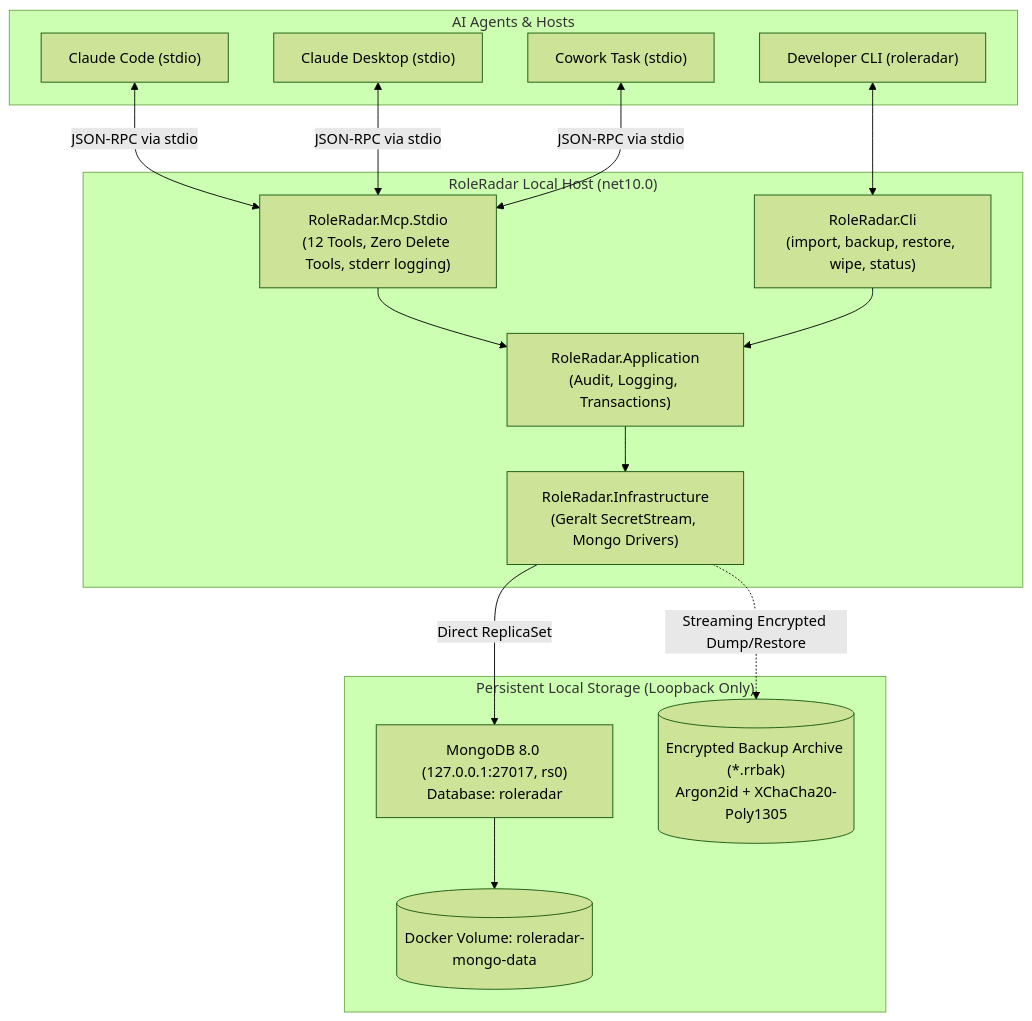
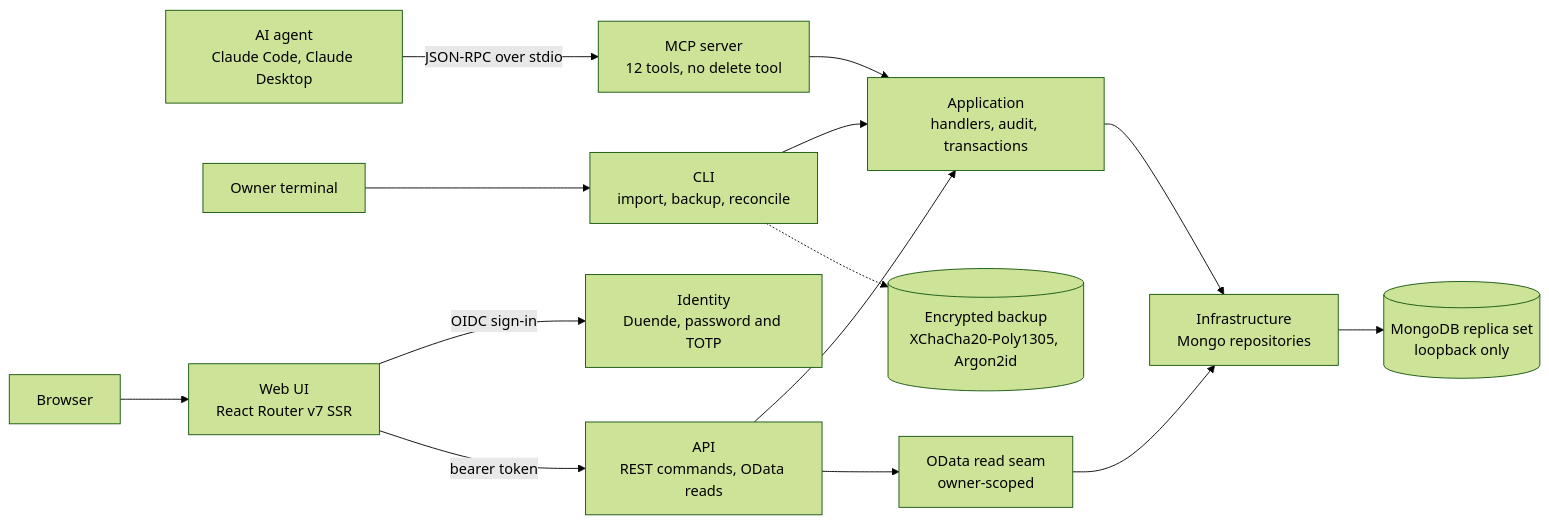
Before and after one commit to mwalczyk81/roleradar: the diagram in README.md, drawn with Mermaid (forest theme). The commit also changed other lines of this file and 74 other files, not shown here.

````diff
--- a/README.md
+++ b/README.md
@@ -5,34 +48,16 @@
 ```mermaid
-flowchart TD
-    subgraph Client["AI Agents & Hosts"]
-        ClaudeCode["Claude Code (stdio)"]
-        ClaudeDesktop["Claude Desktop (stdio)"]
-        Cowork["Cowork Task (stdio)"]
-        UserCLI["Developer CLI (roleradar)"]
-    end
-
-    subgraph HostApp["RoleRadar Local Host (net10.0)"]
-        McpServer["RoleRadar.Mcp.Stdio<br/>(12 Tools, Zero Delete Tools, stderr logging)"]
-        CliApp["RoleRadar.Cli<br/>(import, backup, restore, wipe, status)"]
-        AppLayer["RoleRadar.Application<br/>(Audit, Logging, Transactions)"]
-        InfraLayer["RoleRadar.Infrastructure<br/>(Geralt SecretStream, Mongo Drivers)"]
-    end
-
-    subgraph Storage["Persistent Local Storage (Loopback Only)"]
-        Mongo["MongoDB 8.0 (127.0.0.1:27017, rs0)<br/>Database: roleradar"]
-        MongoVolume[("Docker Volume: roleradar-mongo-data")]
-        BackupFile[("Encrypted Backup Archive (*.rrbak)<br/>Argon2id + XChaCha20-Poly1305")]
-    end
-
-    ClaudeCode <-->|JSON-RPC via stdio| McpServer
-    ClaudeDesktop <-->|JSON-RPC via stdio| McpServer
-    Cowork <-->|JSON-RPC via stdio| McpServer
-    UserCLI <--> CliApp
-
-    McpServer --> AppLayer
-    CliApp --> AppLayer
-    AppLayer --> InfraLayer
-    InfraLayer -->|Direct ReplicaSet| Mongo
-    Mongo --> MongoVolume
-    InfraLayer -.->|Streaming Encrypted Dump/Restore| BackupFile
+flowchart LR
+    agent["AI agent<br/>Claude Code, Claude Desktop"] -->|"JSON-RPC over stdio"| mcp["MCP server<br/>12 tools, no delete tool"]
+    owner["Owner terminal"] --> cli["CLI<br/>import, backup, reconcile"]
+    browser["Browser"] --> web["Web UI<br/>React Router v7 SSR"]
+    web -->|"OIDC sign-in"| identity["Identity<br/>Duende, password and TOTP"]
+    web -->|"bearer token"| api["API<br/>REST commands, OData reads"]
+    mcp --> app["Application<br/>handlers, audit, transactions"]
+    cli --> app
+    api --> app
+    api --> seam["OData read seam<br/>owner-scoped"]
+    app --> infra["Infrastructure<br/>Mongo repositories"]
+    seam --> infra
+    infra --> mongo[("MongoDB replica set<br/>loopback only")]
+    cli -.-> backup[("Encrypted backup<br/>XChaCha20-Poly1305, Argon2id")]
 ```
````
